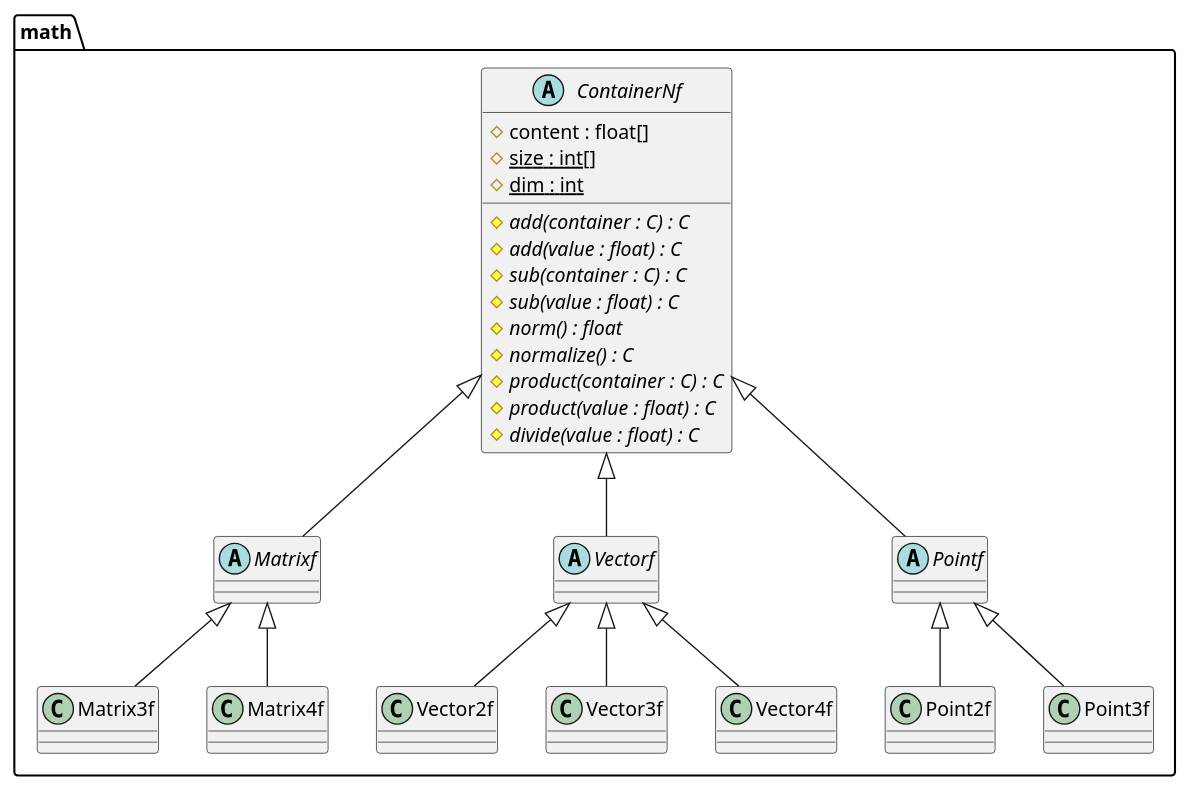
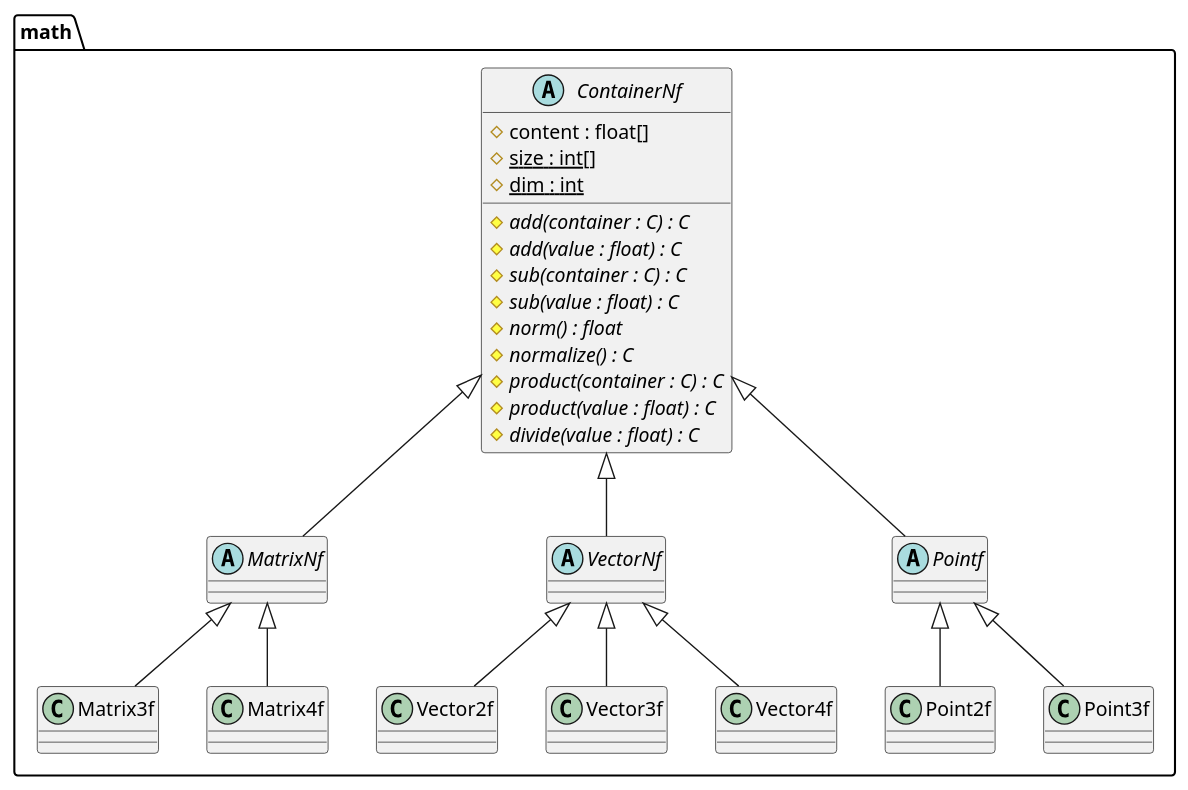
Before and after one commit to BSoDium/Spinel: the diagram in doc/diagram_math.plantuml, drawn with PlantUML. The commit also changed 23 other files, not shown here.

```diff
--- a/doc/diagram_math.plantuml
+++ b/doc/diagram_math.plantuml
@@ -1,36 +1,36 @@
 @startuml math
 
 package math {
     abstract class ContainerNf {
         # content : float[]
         # {static} size : int[]
         # {static} dim : int
 
         # {abstract} add(container : C) : C
         # {abstract} add(value : float) : C
         # {abstract} sub(container : C) : C
         # {abstract} sub(value : float) : C
         # {abstract} norm() : float
         # {abstract} normalize() : C
         # {abstract} product(container : C) : C
         # {abstract} product(value : float) : C
         # {abstract} divide(value : float) : C
 
     }
 
-    abstract class Matrixf extends ContainerNf {}
-    class Matrix3f extends Matrixf {}
-    class Matrix4f extends Matrixf {}
+    abstract class MatrixNf extends ContainerNf {}
+    class Matrix3f extends MatrixNf {}
+    class Matrix4f extends MatrixNf {}
 
-    abstract class Vectorf extends ContainerNf {}
-    class Vector2f extends Vectorf {}
-    class Vector3f extends Vectorf {}
-    class Vector4f extends Vectorf {}
+    abstract class VectorNf extends ContainerNf {}
+    class Vector2f extends VectorNf {}
+    class Vector3f extends VectorNf {}
+    class Vector4f extends VectorNf {}
 
     abstract class Pointf extends ContainerNf {}
     class Point2f extends Pointf {}
     class Point3f extends Pointf {}
 }
 
 
 @enduml
```
